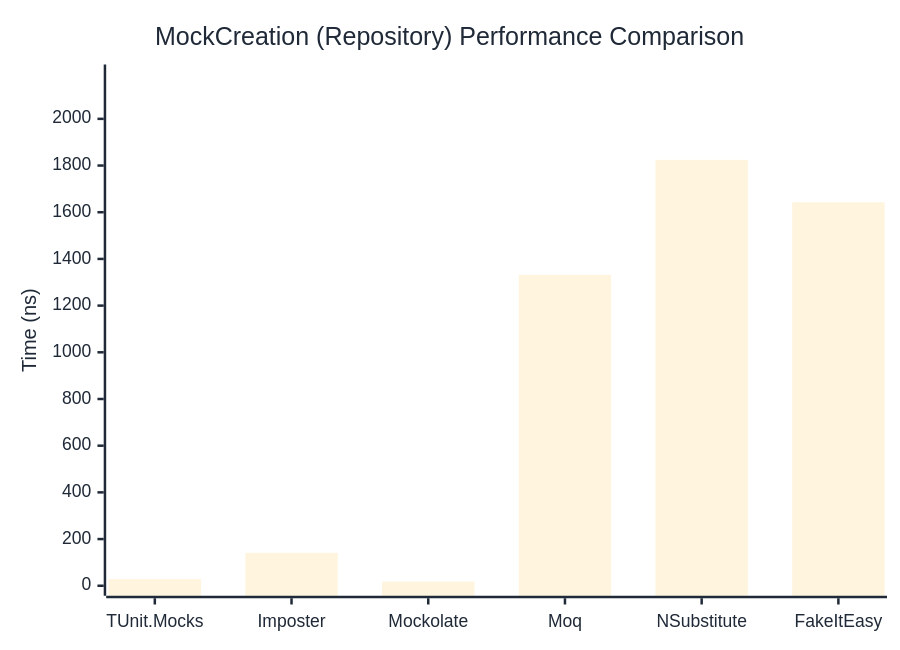
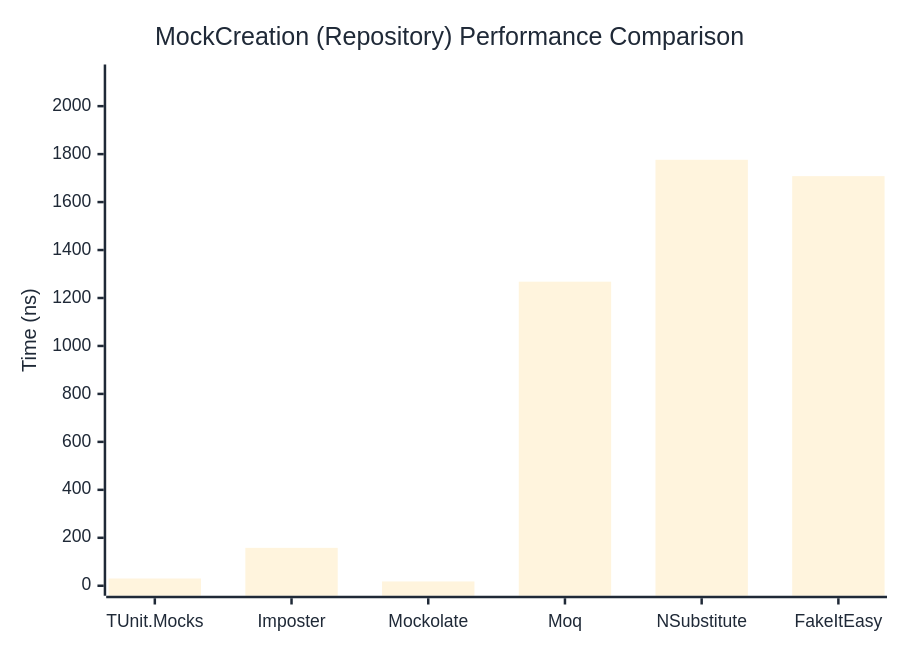
The second of 2 diagrams in docs/docs/benchmarks/mocks/MockCreation.md (thomhurst/TUnit), drawn with Mermaid before and after one commit. The commit also changed other lines of this file and 14 other files, not shown here.

````diff
--- a/docs/docs/benchmarks/mocks/MockCreation.md
+++ b/docs/docs/benchmarks/mocks/MockCreation.md
@@ -71,27 +71,27 @@
 ```mermaid
 %%{init: {
   'theme':'base',
   'themeVariables': {
     'primaryColor': '#2563eb',
     'primaryTextColor': '#1f2937',
     'primaryBorderColor': '#1e40af',
     'lineColor': '#6b7280',
     'secondaryColor': '#7c3aed',
     'tertiaryColor': '#dc2626',
     'background': '#ffffff',
     'pie1': '#2563eb',
     'pie2': '#7c3aed',
     'pie3': '#dc2626',
     'pie4': '#f59e0b',
     'pie5': '#10b981',
     'pie6': '#06b6d4',
     'pie7': '#ec4899',
     'pie8': '#6366f1'
   }
 }}%%
 xychart-beta
   title "MockCreation (Repository) Performance Comparison"
   x-axis ["TUnit.Mocks", "Imposter", "Mockolate", "Moq", "NSubstitute", "FakeItEasy"]
-  y-axis "Time (ns)" 0 --> 2190
-  bar [28.45, 140.91, 17.63, 1331.57, 1824.31, 1642.8]
+  y-axis "Time (ns)" 0 --> 2132
+  bar [30.25, 158.07, 17.98, 1268.01, 1776.28, 1708.13]
 ```
````
